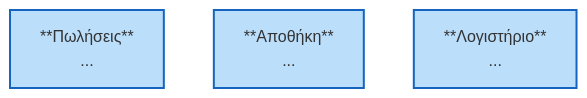
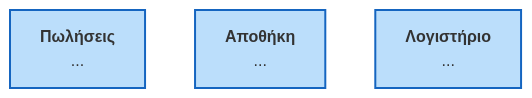
Before and after one commit to tsadimas-wa/dss-data-analytics: the diagram in msc/img/lecture2/diag_func_silos.mmd, drawn with Mermaid. The commit also changed 8 other files, not shown here.

First line of the commit message:
docs(lecture2): enhance content and diagram formatting

```diff
--- a/msc/img/lecture2/diag_func_silos.mmd
+++ b/msc/img/lecture2/diag_func_silos.mmd
@@ -1,5 +1,5 @@
 graph LR
-    A["**Πωλήσεις**\n..."] ~~~ B["**Αποθήκη**\n..."] ~~~ C["**Λογιστήριο**\n..."]
+    A["<b>Πωλήσεις</b>\n..."] ~~~ B["<b>Αποθήκη</b>\n..."] ~~~ C["<b>Λογιστήριο</b>\n..."]
     style A fill:#BBDEFB,stroke:#1565C0,stroke-width:2px
     style B fill:#BBDEFB,stroke:#1565C0,stroke-width:2px
     style C fill:#BBDEFB,stroke:#1565C0,stroke-width:2px
```
